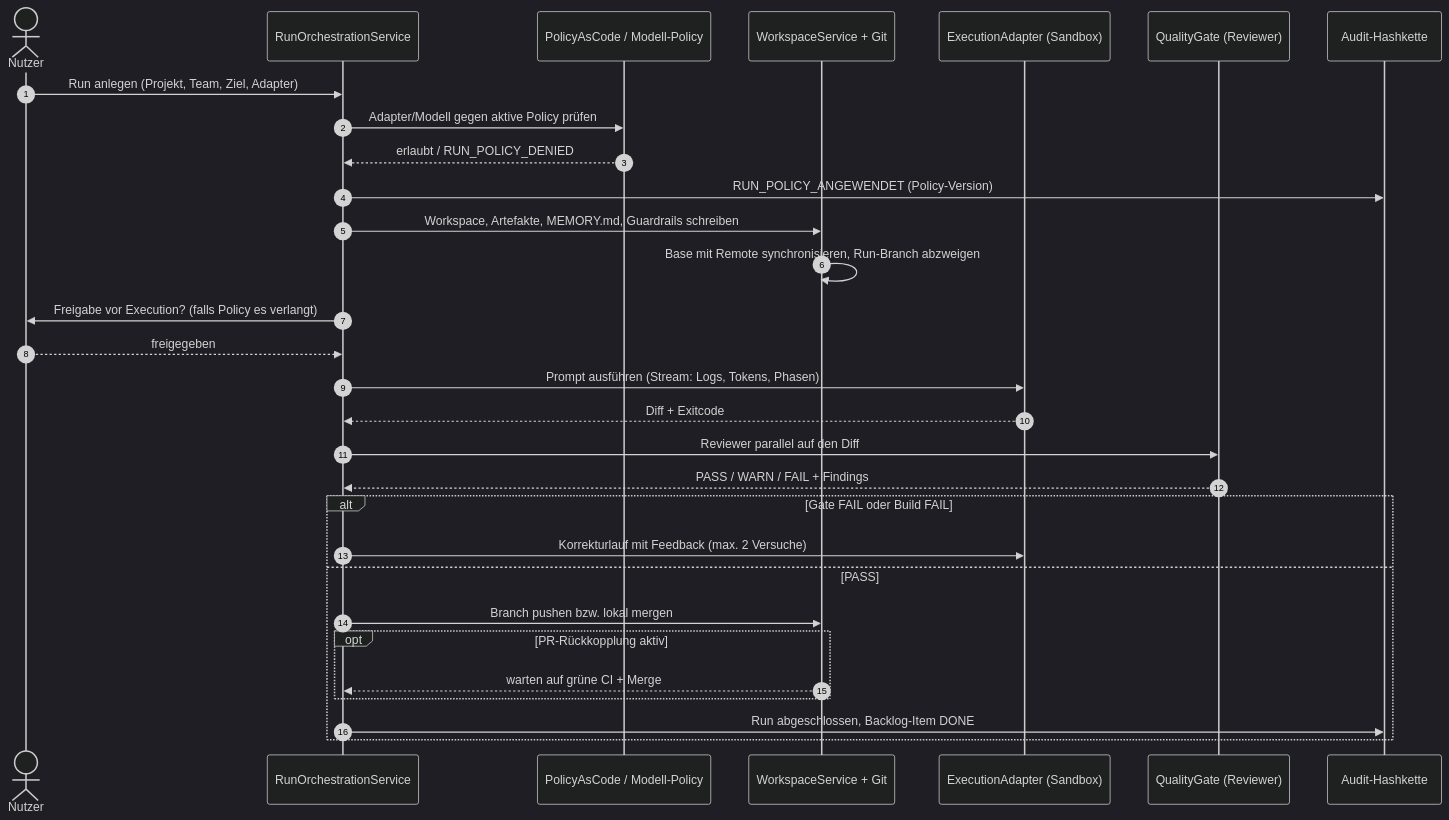
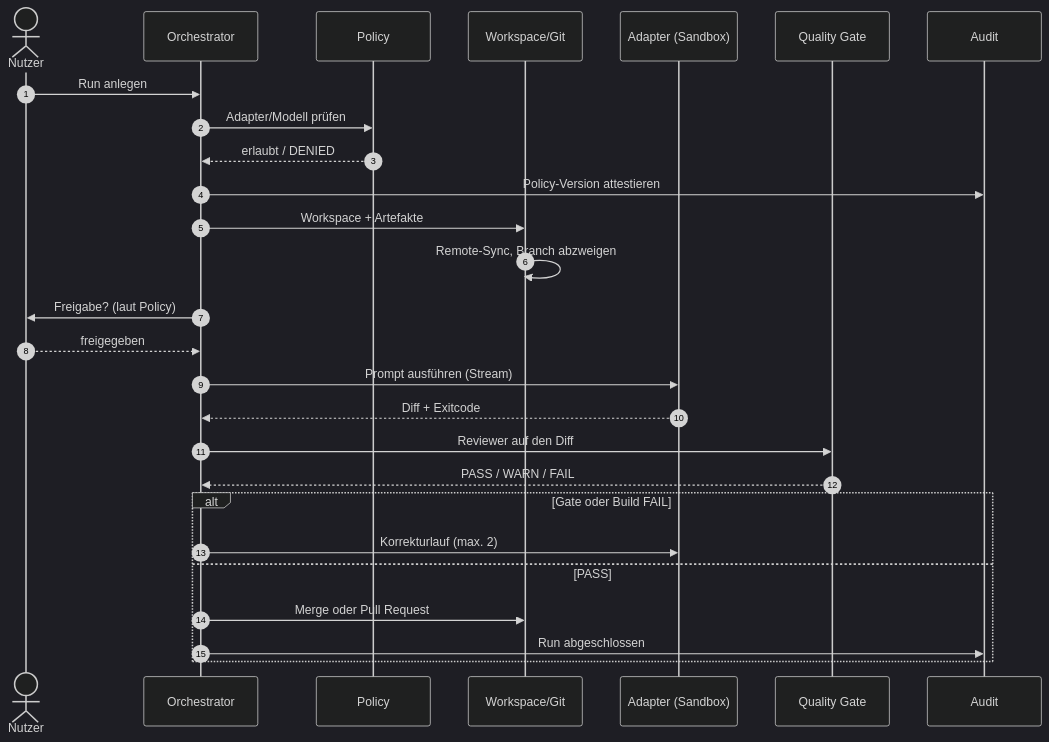
The diagram in abbildungen/abb24.mmd (mjanda0815/agentic-publikation), drawn with Mermaid (dark theme) before and after one commit. The commit also changed 11 other files, not shown here.

First line of the commit message:
Abbildungen lesbarer: 16.1 zweizeilig, Kap.-19-Diagramme vergroessert

```diff
--- a/abbildungen/abb24.mmd
+++ b/abbildungen/abb24.mmd
@@ -1,31 +1,28 @@
 sequenceDiagram
     autonumber
     actor U as Nutzer
-    participant O as RunOrchestrationService
-    participant P as PolicyAsCode / Modell-Policy
-    participant WS as WorkspaceService + Git
-    participant AD as ExecutionAdapter (Sandbox)
-    participant QG as QualityGate (Reviewer)
-    participant AU as Audit-Hashkette
+    participant O as Orchestrator
+    participant P as Policy
+    participant WS as Workspace/Git
+    participant AD as Adapter (Sandbox)
+    participant QG as Quality Gate
+    participant AU as Audit
 
-    U->>O: Run anlegen (Projekt, Team, Ziel, Adapter)
-    O->>P: Adapter/Modell gegen aktive Policy prüfen
-    P-->>O: erlaubt / RUN_POLICY_DENIED
-    O->>AU: RUN_POLICY_ANGEWENDET (Policy-Version)
-    O->>WS: Workspace, Artefakte, MEMORY.md, Guardrails schreiben
-    WS->>WS: Base mit Remote synchronisieren, Run-Branch abzweigen
-    O->>U: Freigabe vor Execution? (falls Policy es verlangt)
+    U->>O: Run anlegen
+    O->>P: Adapter/Modell prüfen
+    P-->>O: erlaubt / DENIED
+    O->>AU: Policy-Version attestieren
+    O->>WS: Workspace + Artefakte
+    WS->>WS: Remote-Sync, Branch abzweigen
+    O->>U: Freigabe? (laut Policy)
     U-->>O: freigegeben
-    O->>AD: Prompt ausführen (Stream: Logs, Tokens, Phasen)
+    O->>AD: Prompt ausführen (Stream)
     AD-->>O: Diff + Exitcode
-    O->>QG: Reviewer parallel auf den Diff
-    QG-->>O: PASS / WARN / FAIL + Findings
-    alt Gate FAIL oder Build FAIL
-        O->>AD: Korrekturlauf mit Feedback (max. 2 Versuche)
+    O->>QG: Reviewer auf den Diff
+    QG-->>O: PASS / WARN / FAIL
+    alt Gate oder Build FAIL
+        O->>AD: Korrekturlauf (max. 2)
     else PASS
-        O->>WS: Branch pushen bzw. lokal mergen
-        opt PR-Rückkopplung aktiv
-            WS-->>O: warten auf grüne CI + Merge
-        end
-        O->>AU: Run abgeschlossen, Backlog-Item DONE
+        O->>WS: Merge oder Pull Request
+        O->>AU: Run abgeschlossen
     end
```
